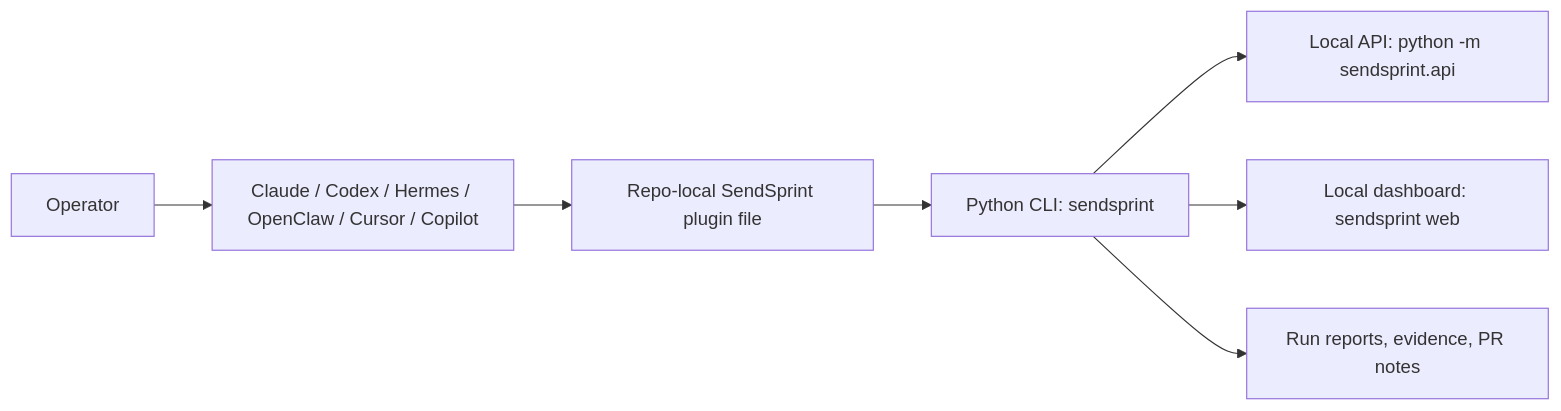
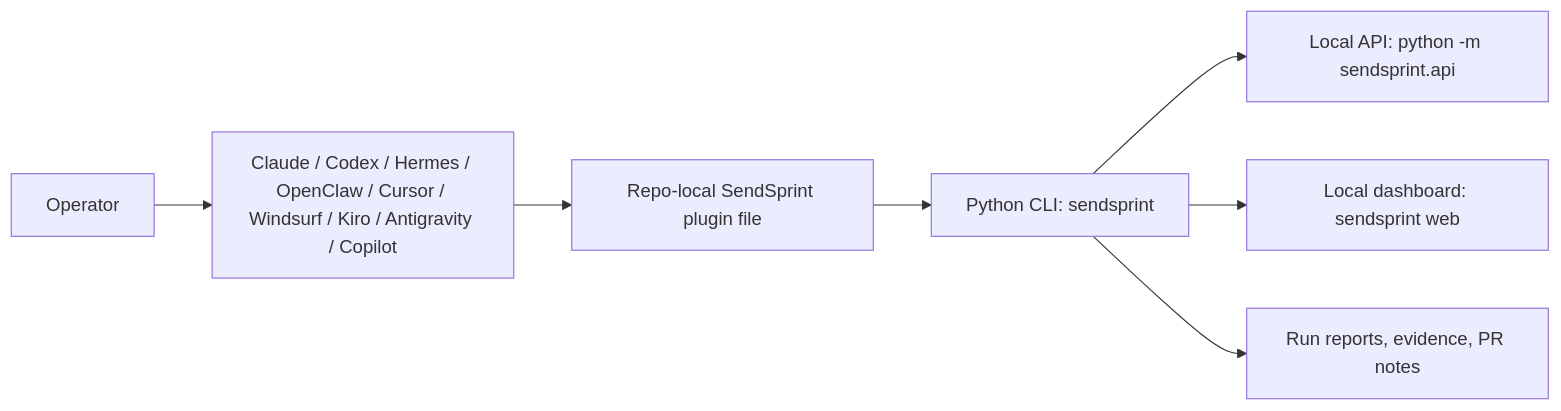
The diagram in docs/PLUGIN_ADAPTERS.md (wesleysimplicio/simplicio-sprint), drawn with Mermaid before and after one commit. The commit also changed other lines of this file and 46 other files, not shown here.

````diff
--- a/docs/PLUGIN_ADAPTERS.md
+++ b/docs/PLUGIN_ADAPTERS.md
@@ -7,9 +7,9 @@
 ```mermaid
 flowchart LR
-    User["Operator"] --> Host["Claude / Codex / Hermes / OpenClaw / Cursor / Copilot"]
+    User["Operator"] --> Host["Claude / Codex / Hermes / OpenClaw / Cursor / Windsurf / Kiro / Antigravity / Copilot"]
     Host --> Adapter["Repo-local SendSprint plugin file"]
     Adapter --> CLI["Python CLI: sendsprint"]
     CLI --> API["Local API: python -m sendsprint.api"]
     CLI --> Web["Local dashboard: sendsprint web"]
     CLI --> Reports["Run reports, evidence, PR notes"]
 ```
````
